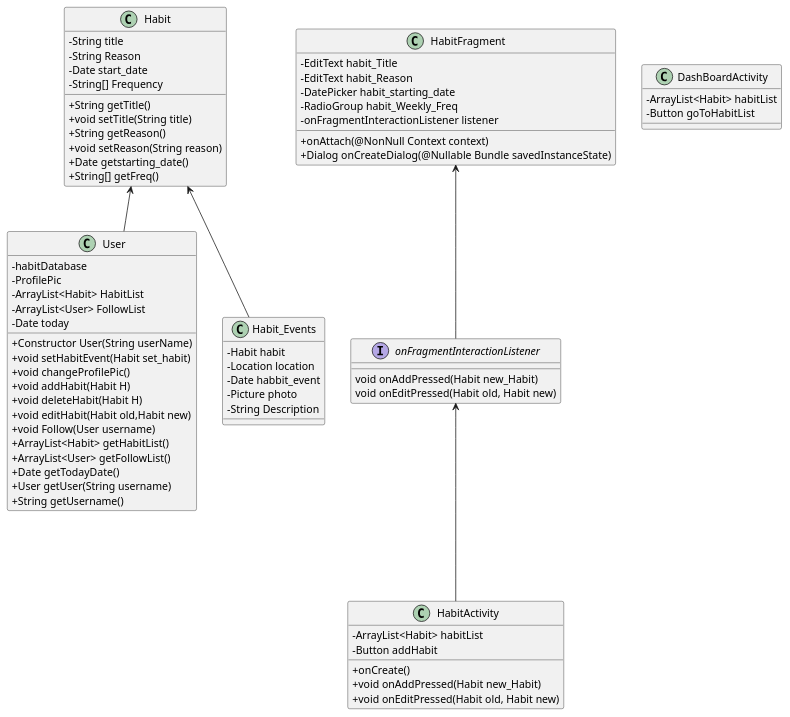
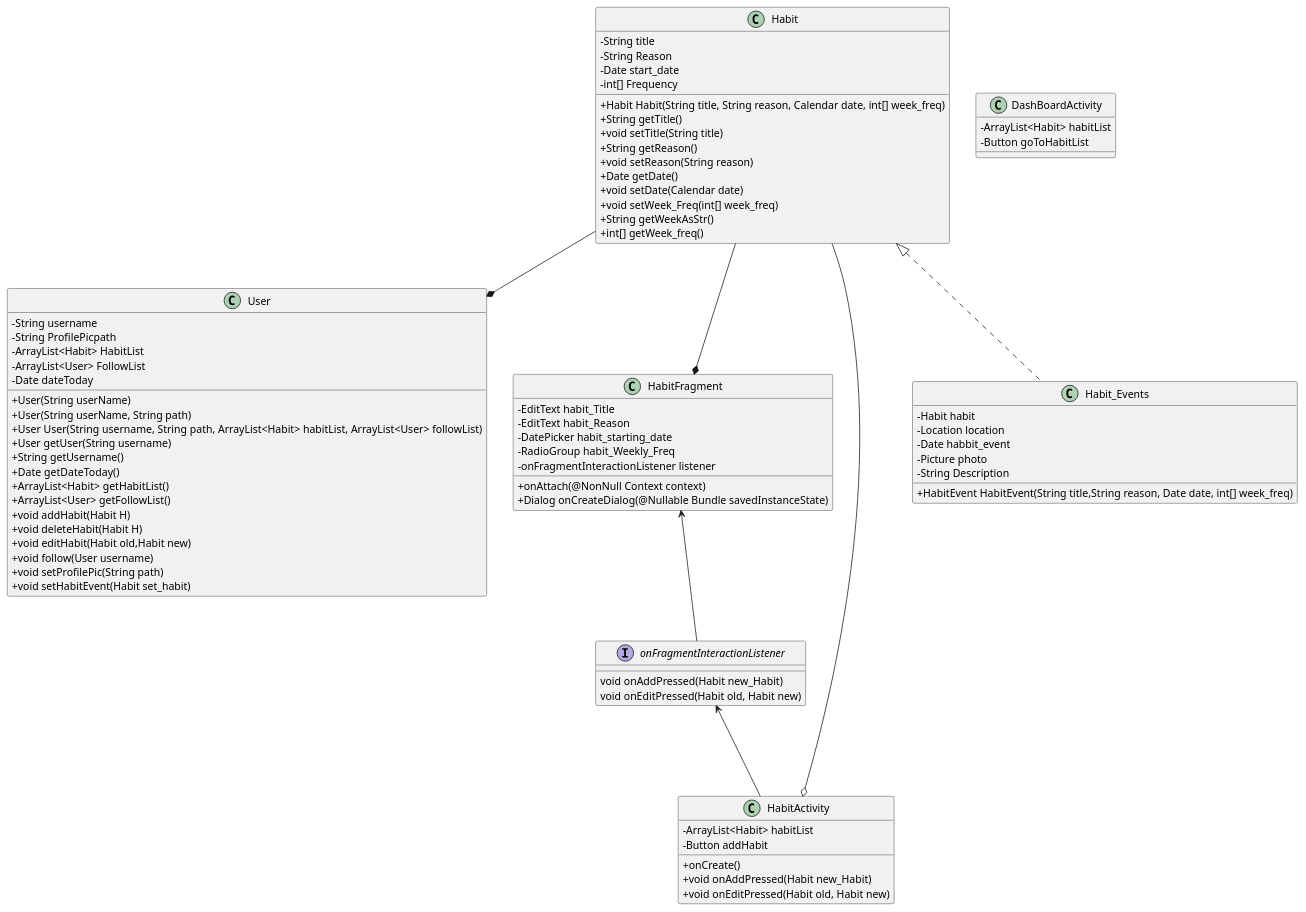
The diagram in doc/happyhabits.plantuml (CMPUT301F21T16/HappyHabits), drawn with PlantUML before and after one commit.

```diff
--- a/doc/happyhabits.plantuml
+++ b/doc/happyhabits.plantuml
@@ -1,80 +1,95 @@
 @startuml HappyHabits
 skinparam classAttributeIconSize 0
-Habit <-- User
-Habit <-- Habit_Events
+
+Habit --* User
+Habit --* HabitFragment
+Habit --o HabitActivity
 onFragmentInteractionListener <--- HabitActivity 
 HabitFragment <-- onFragmentInteractionListener
+
 class Habit {
     -String title
     -String Reason
     -Date start_date
-    -String[] Frequency
+    -int[] Frequency
     
+    +Habit Habit(String title, String reason, Calendar date, int[] week_freq)
     +String getTitle()
     +void setTitle(String title)
     +String getReason()
     +void setReason(String reason)
-    +Date getstarting_date()
-    +String[] getFreq()
+    +Date getDate()
+    +void setDate(Calendar date)
+    +void setWeek_Freq(int[] week_freq)
+    +String getWeekAsStr()
+    +int[] getWeek_freq()
 }
 
 class User {
-    - habitDatabase
-    - ProfilePic
+    - String username
+    - String ProfilePicpath
     - ArrayList<Habit> HabitList
     - ArrayList<User> FollowList
-    - Date today
+    - Date dateToday
 
-    + Constructor User(String userName)
-    + void setHabitEvent(Habit set_habit)
-    + void changeProfilePic()
+    + User(String userName)
+    + User(String userName, String path)
+    + User User(String username, String path, ArrayList<Habit> habitList, ArrayList<User> followList)
+    
+    
+    + User getUser(String username)
+    + String getUsername()
+    + Date getDateToday()
+    + ArrayList<Habit> getHabitList()
+    + ArrayList<User> getFollowList()
     + void addHabit(Habit H)
     + void deleteHabit(Habit H)
     + void editHabit(Habit old,Habit new)
-    + void Follow(User username)
-    + ArrayList<Habit> getHabitList()
-    + ArrayList<User> getFollowList()
-    + Date getTodayDate()
-    + User getUser(String username)
-    + String getUsername()
+    + void follow(User username)
+    + void setProfilePic(String path)
+    + void setHabitEvent(Habit set_habit)
 }
 
-class Habit_Events {
+class Habit_Events implements Habit{
     - Habit habit
     - Location location
     - Date habbit_event
     - Picture photo
     - String Description
+
+    + HabitEvent HabitEvent(String title,String reason, Date date, int[] week_freq)
+
 }
 
 class DashBoardActivity {
     - ArrayList<Habit> habitList
     - Button goToHabitList
 }
 
 class HabitActivity {
     - ArrayList<Habit> habitList
     - Button addHabit
 
     + onCreate()
     + void onAddPressed(Habit new_Habit)
     + void onEditPressed(Habit old, Habit new)
 }
 
 class HabitFragment {
     - EditText habit_Title
     - EditText habit_Reason
     - DatePicker habit_starting_date
     - RadioGroup habit_Weekly_Freq
     - onFragmentInteractionListener listener
 
     + onAttach(@NonNull Context context)
     + Dialog onCreateDialog(@Nullable Bundle savedInstanceState)
     
 }
 
 interface onFragmentInteractionListener{
         void onAddPressed(Habit new_Habit)
         void onEditPressed(Habit old, Habit new)
     }
+
 @enduml
```
